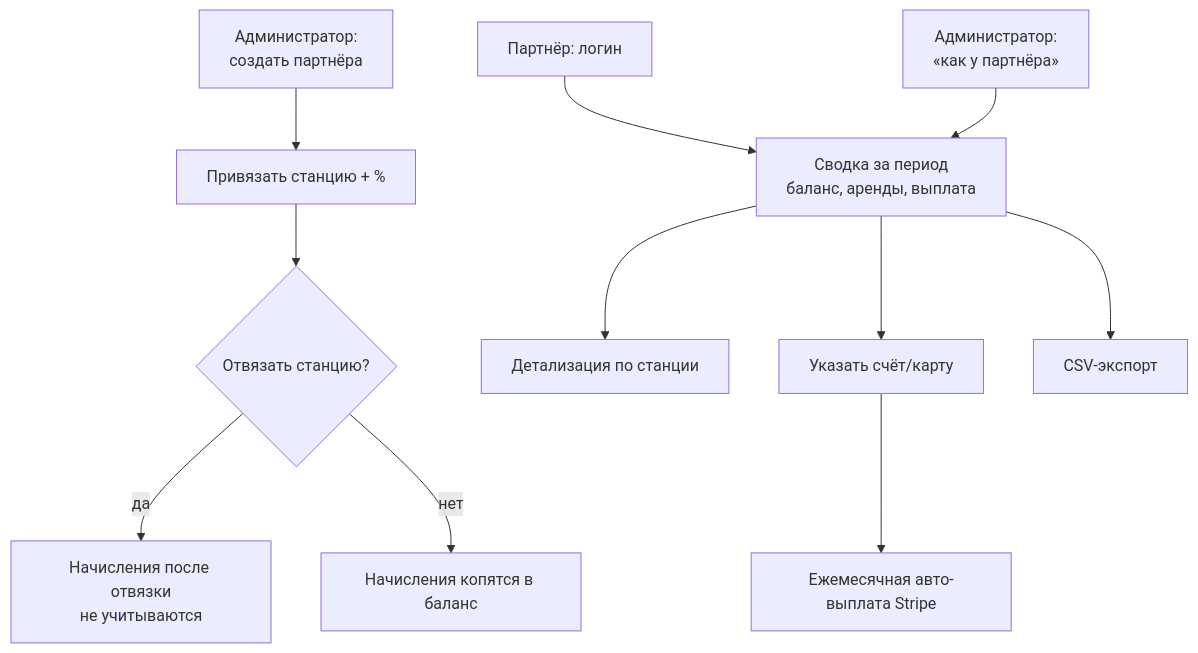
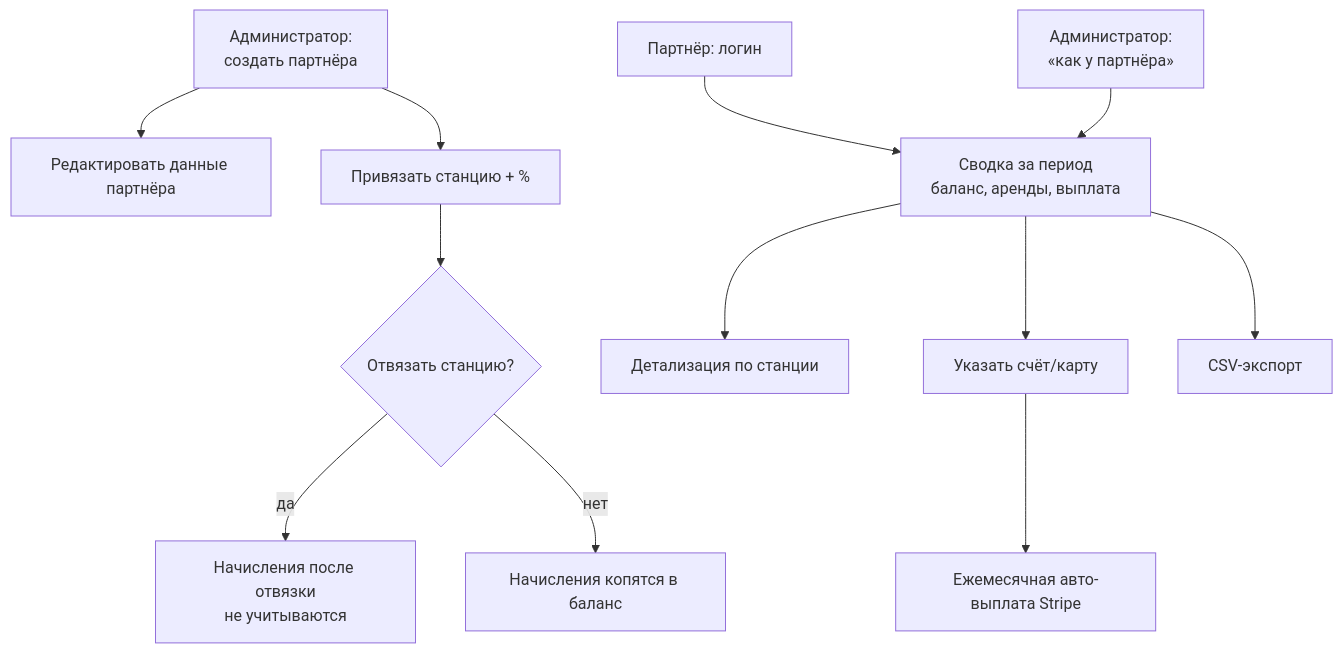
One commit to yatsin11-gif/example changed the first of 2 diagrams in gozap-documentation/sa/docs/partners/partner-program/diagrams/overview.md. Above: the diagram before and after it, drawn with Mermaid. The commit also changed 43 other files, not shown here.

````diff
--- a/gozap-documentation/sa/docs/partners/partner-program/diagrams/overview.md
+++ b/gozap-documentation/sa/docs/partners/partner-program/diagrams/overview.md
@@ -7,13 +7,14 @@
 ```mermaid
 flowchart TD
-    A1[Администратор:<br/>создать партнёра] --> A2[Привязать станцию + %]
+    A1[Администратор:<br/>создать партнёра] --> A1B[Редактировать данные партнёра]
+    A1 --> A2[Привязать станцию + %]
     A2 --> A3{Отвязать станцию?}
     A3 -->|да| A4[Начисления после отвязки<br/>не учитываются]
     A3 -->|нет| A5[Начисления копятся в баланс]
     P1[Партнёр: логин] --> P2[Сводка за период<br/>баланс, аренды, выплата]
     P2 --> P3[Детализация по станции]
     P2 --> P4[Указать счёт/карту]
     P4 --> P5[Ежемесячная авто-выплата Stripe]
     P2 --> P6[CSV-экспорт]
     A6[Администратор:<br/>«как у партнёра»] --> P2
 ```
````
